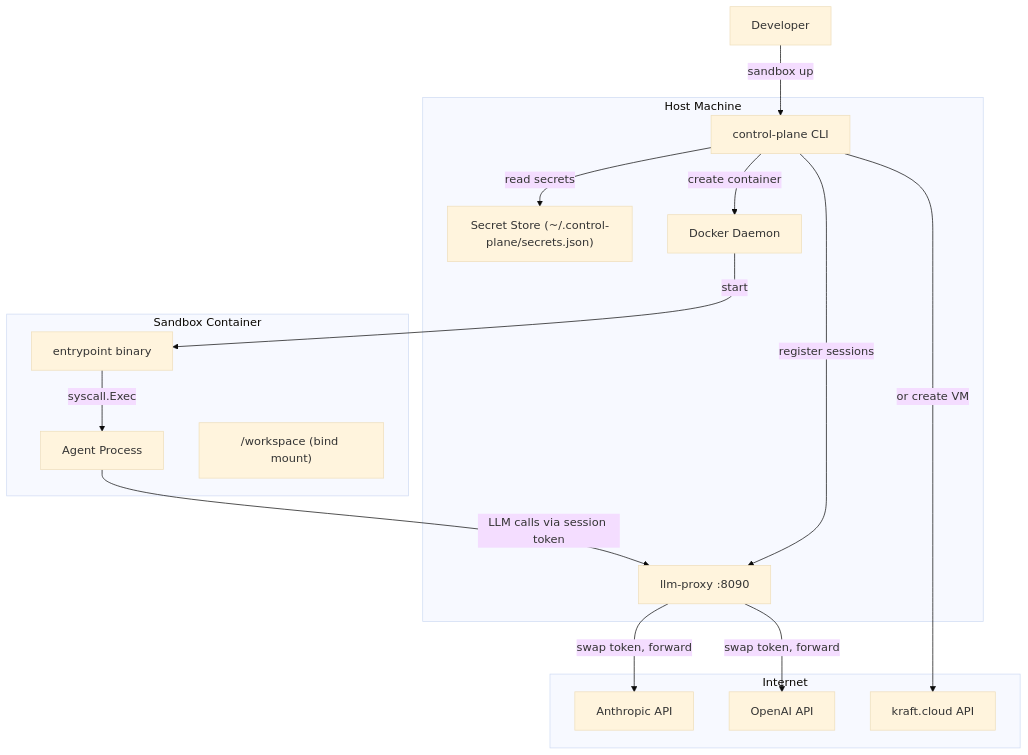
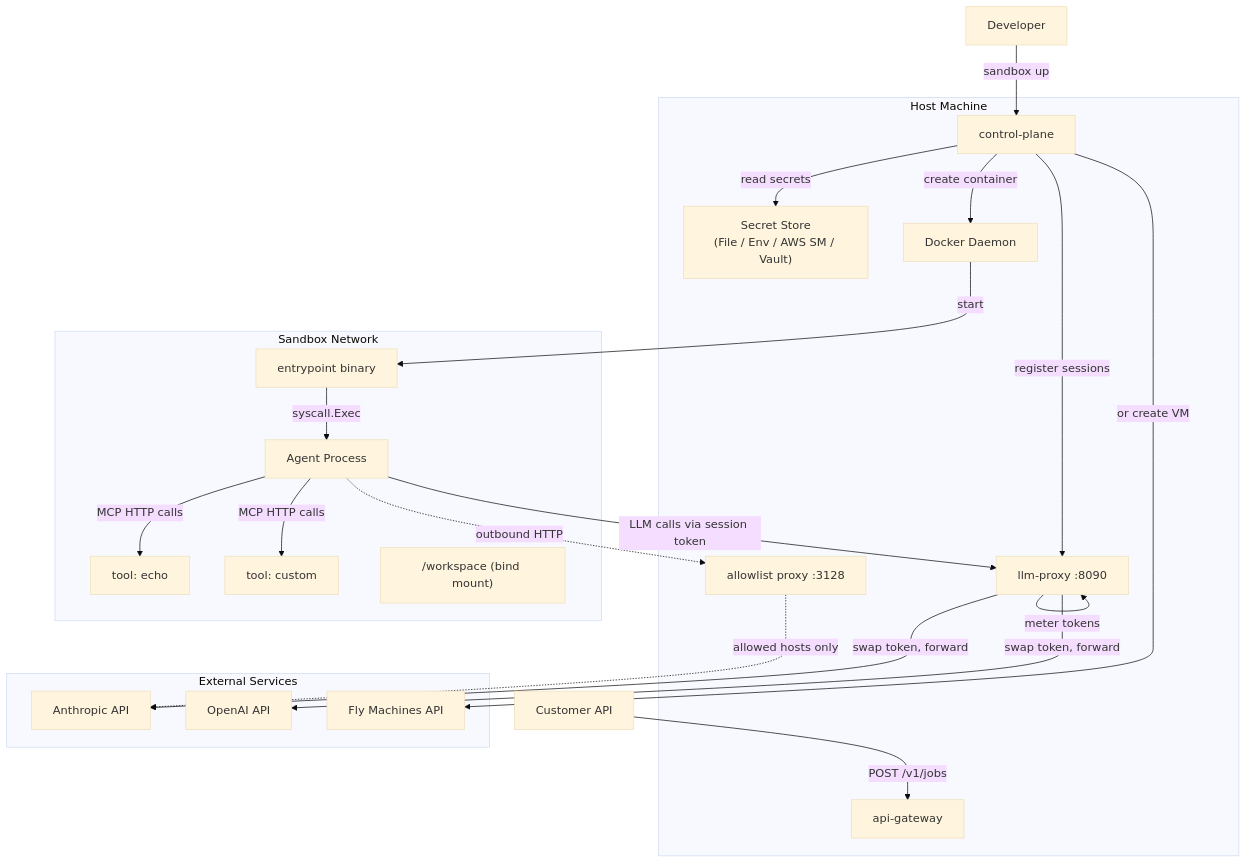
The first of 2 diagrams in docs/architecture.md (Travbz/control-plane), drawn with Mermaid (base theme) before and after one commit. The commit also changed other lines of this file and 27 other files, not shown here.

First line of the commit message:
docs: update architecture, config, provisioners, and secret-store docs

````diff
--- a/docs/architecture.md
+++ b/docs/architecture.md
@@ -7,33 +7,43 @@
 ```mermaid
 flowchart TB
-    User[Developer] -->|"sandbox up"| CP[control-plane CLI]
+    Customer[Customer API] -->|"POST /v1/jobs"| GW[api-gateway]
+    User[Developer] -->|"sandbox up"| CP
 
     subgraph host [Host Machine]
-        CP
-        SecretStore["Secret Store (~/.control-plane/secrets.json)"]
+        GW
+        CP[control-plane]
+        SecretStore["Secret Store<br/>(File / Env / AWS SM / Vault)"]
         LLMProxy[llm-proxy :8090]
+        AllowProxy[allowlist proxy :3128]
         Docker[Docker Daemon]
     end
 
-    subgraph sandbox [Sandbox Container]
+    subgraph sandbox [Sandbox Network]
         Entrypoint[entrypoint binary]
         Agent[Agent Process]
+        ToolEcho[tool: echo]
+        ToolCustom[tool: custom]
         Workspace["/workspace (bind mount)"]
     end
 
-    subgraph cloud [Internet]
+    subgraph cloud [External Services]
         Anthropic[Anthropic API]
         OpenAI[OpenAI API]
-        Kraft[kraft.cloud API]
+        FlyAPI[Fly Machines API]
     end
 
     CP -->|"read secrets"| SecretStore
     CP -->|"register sessions"| LLMProxy
     CP -->|"create container"| Docker
-    CP -->|"or create VM"| Kraft
+    CP -->|"or create VM"| FlyAPI
     Docker -->|"start"| Entrypoint
     Entrypoint -->|"syscall.Exec"| Agent
     Agent -->|"LLM calls via session token"| LLMProxy
+    Agent -->|"MCP HTTP calls"| ToolEcho
+    Agent -->|"MCP HTTP calls"| ToolCustom
+    Agent -.->|"outbound HTTP"| AllowProxy
+    AllowProxy -.->|"allowed hosts only"| Anthropic
     LLMProxy -->|"swap token, forward"| Anthropic
     LLMProxy -->|"swap token, forward"| OpenAI
+    LLMProxy -->|"meter tokens"| LLMProxy
 ```
````
